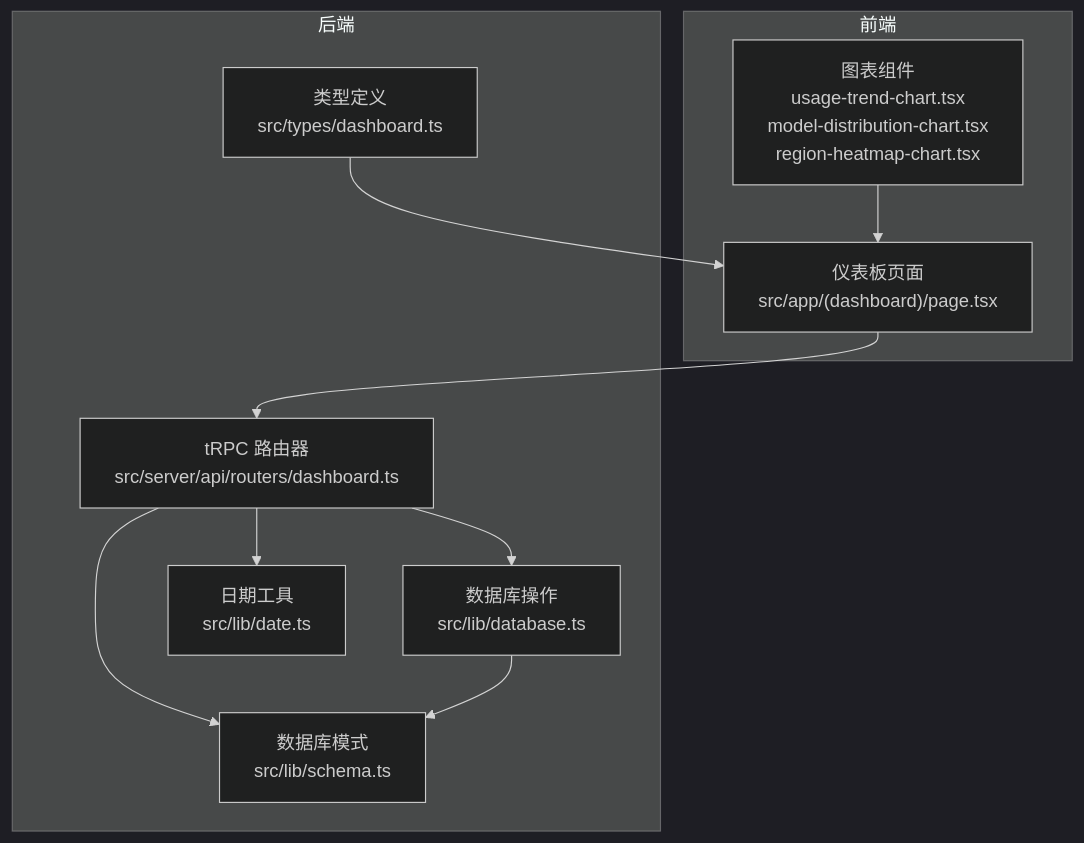
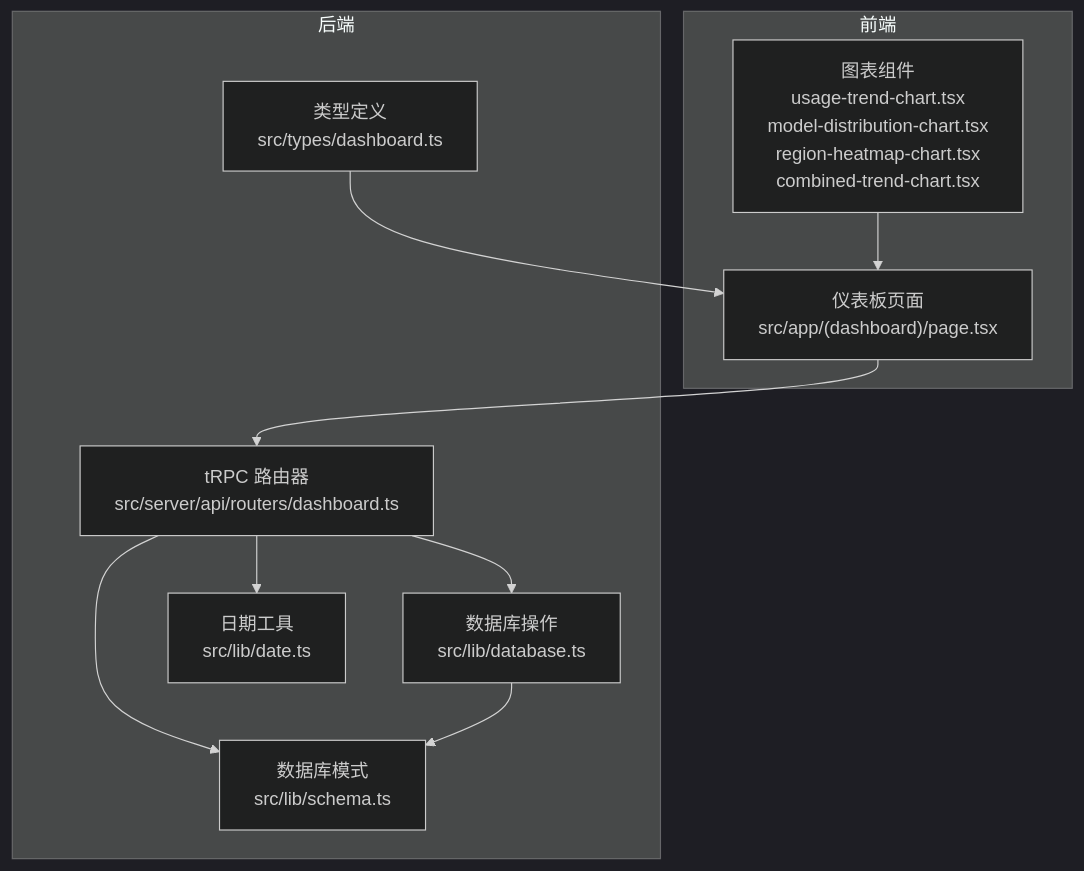
Before and after one commit to RadiumAg/AIGate: the first of 9 diagrams in .qoder/repowiki/zh/content/API 参考/tRPC API 接口/仪表板统计路由.md, drawn with Mermaid (dark theme). The commit also changed other lines of this file and 30 other files, not shown here.

````diff
--- a/.qoder/repowiki/zh/content/API 参考/tRPC API 接口/仪表板统计路由.md
+++ b/.qoder/repowiki/zh/content/API 参考/tRPC API 接口/仪表板统计路由.md
@@ -32,21 +42,21 @@
 ```mermaid
 graph TB
 subgraph "前端"
 Page["仪表板页面<br/>src/app/(dashboard)/page.tsx"]
-Components["图表组件<br/>usage-trend-chart.tsx<br/>model-distribution-chart.tsx<br/>region-heatmap-chart.tsx"]
+Components["图表组件<br/>usage-trend-chart.tsx<br/>model-distribution-chart.tsx<br/>region-heatmap-chart.tsx<br/>combined-trend-chart.tsx"]
 end
 subgraph "后端"
 TRPC["tRPC 路由器<br/>src/server/api/routers/dashboard.ts"]
 Types["类型定义<br/>src/types/dashboard.ts"]
 Schema["数据库模式<br/>src/lib/schema.ts"]
 DB["数据库操作<br/>src/lib/database.ts"]
 DateUtil["日期工具<br/>src/lib/date.ts"]
 end
 Page --> TRPC
 Components --> Page
 TRPC --> DB
 TRPC --> Schema
 TRPC --> DateUtil
 DB --> Schema
 Types --> Page
 ```
````
